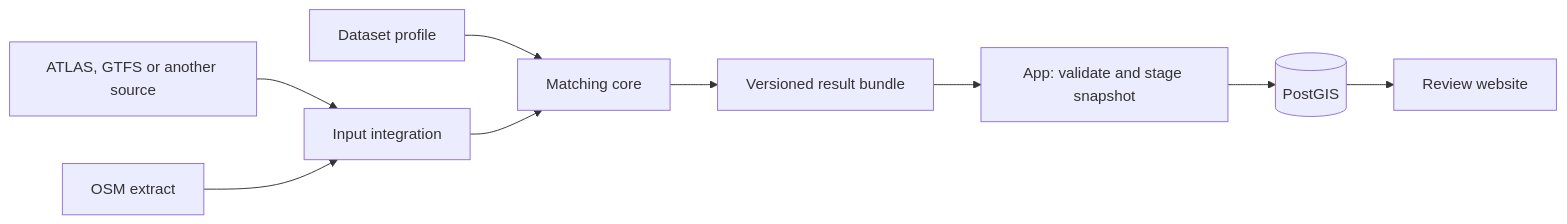
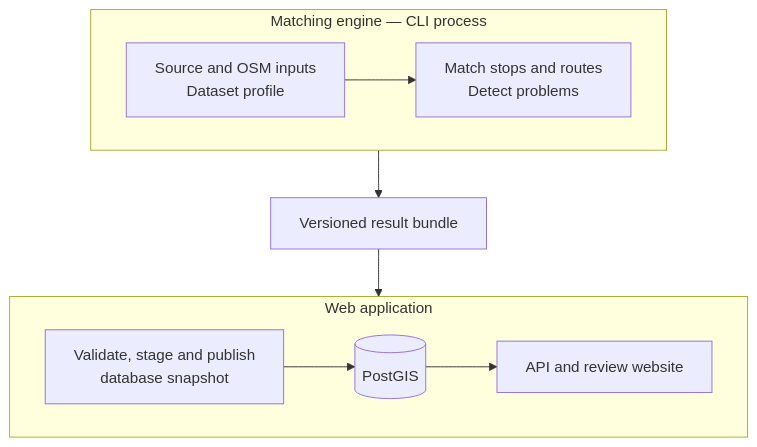
The third of 3 diagrams in documentation/0. Intro.md (openTdataCH/stop_sync_osm_atlas), drawn with Mermaid before and after one commit. The commit also changed other lines of this file and 124 other files, not shown here.

````diff
--- a/documentation/0. Intro.md
+++ b/documentation/0. Intro.md
@@ -59,11 +71,14 @@
 ```mermaid
-flowchart LR
-    A["ATLAS, GTFS or another source"] --> B["Input integration"]
-    O["OSM extract"] --> B
-    P["Dataset profile"] --> E["Matching core"]
-    B --> E
-    E --> R["Versioned result bundle"]
-    R --> I["App: validate and stage snapshot"]
-    I --> D[("PostGIS")]
-    D --> W["Review website"]
+flowchart TB
+    subgraph Engine["Matching engine — CLI process"]
+        direction LR
+        B["Source and OSM inputs<br/>Dataset profile"] --> E["Match stops and routes<br/>Detect problems"]
+    end
+    Engine --> R["Versioned result bundle"]
+    subgraph App["Web application"]
+        direction LR
+        I["Validate, stage and publish<br/>database snapshot"] --> D[("PostGIS")]
+        D --> W["API and review website"]
+    end
+    R --> App
 ```
````
